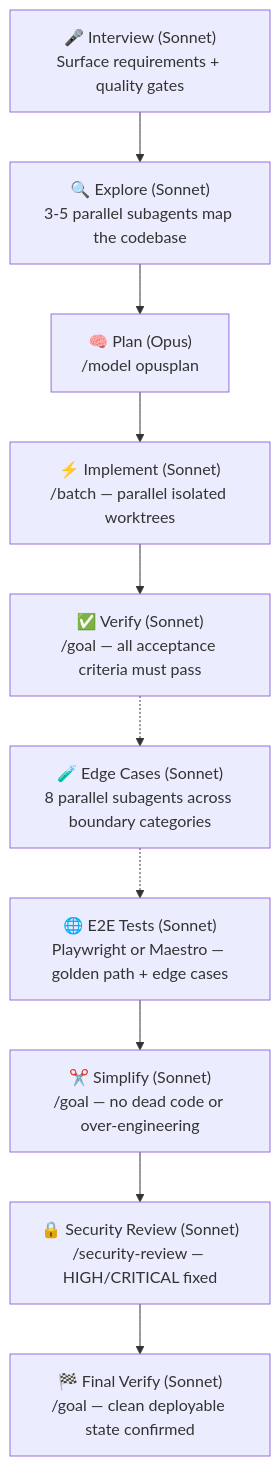
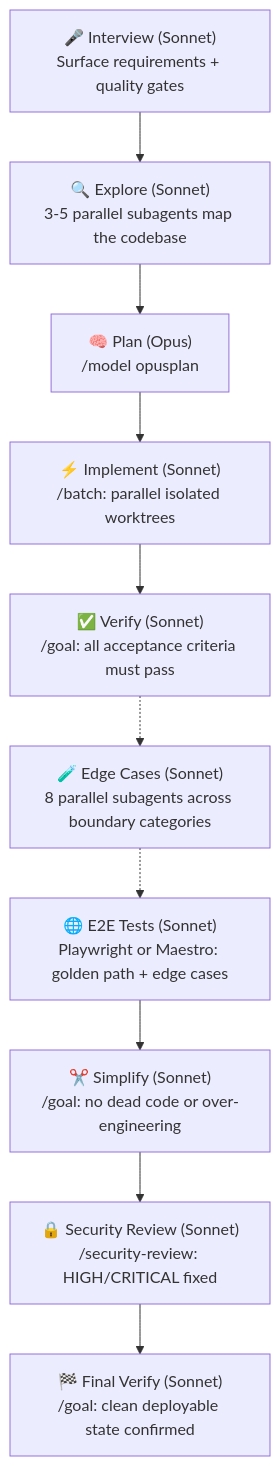
The diagram in README.md (amajorai/ship.md), drawn with Mermaid before and after one commit. The commit also changed other lines of this file, not shown here.

Commit message:
Replace em dashes with colons

````diff
--- a/README.md
+++ b/README.md
@@ -5,12 +5,12 @@
 ```mermaid
 flowchart TD
     A["🎤 Interview (Sonnet)\nSurface requirements + quality gates"] --> B["🔍 Explore (Sonnet)\n3-5 parallel subagents map the codebase"]
     B --> C["🧠 Plan (Opus)\n/model opusplan"]
-    C --> D["⚡ Implement (Sonnet)\n/batch — parallel isolated worktrees"]
-    D --> E["✅ Verify (Sonnet)\n/goal — all acceptance criteria must pass"]
+    C --> D["⚡ Implement (Sonnet)\n/batch: parallel isolated worktrees"]
+    D --> E["✅ Verify (Sonnet)\n/goal: all acceptance criteria must pass"]
     E -.-> F["🧪 Edge Cases (Sonnet)\n8 parallel subagents across boundary categories"]
-    F -.-> G["🌐 E2E Tests (Sonnet)\nPlaywright or Maestro — golden path + edge cases"]
-    G --> H["✂️ Simplify (Sonnet)\n/goal — no dead code or over-engineering"]
-    H --> I["🔒 Security Review (Sonnet)\n/security-review — HIGH/CRITICAL fixed"]
-    I --> J["🏁 Final Verify (Sonnet)\n/goal — clean deployable state confirmed"]
+    F -.-> G["🌐 E2E Tests (Sonnet)\nPlaywright or Maestro: golden path + edge cases"]
+    G --> H["✂️ Simplify (Sonnet)\n/goal: no dead code or over-engineering"]
+    H --> I["🔒 Security Review (Sonnet)\n/security-review: HIGH/CRITICAL fixed"]
+    I --> J["🏁 Final Verify (Sonnet)\n/goal: clean deployable state confirmed"]
 ```
````
